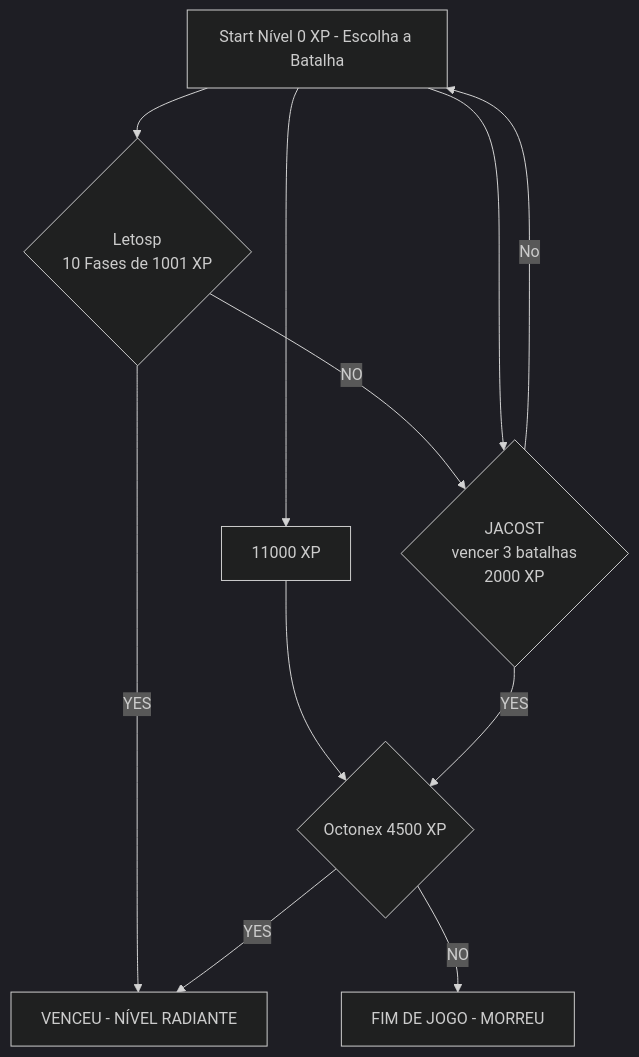
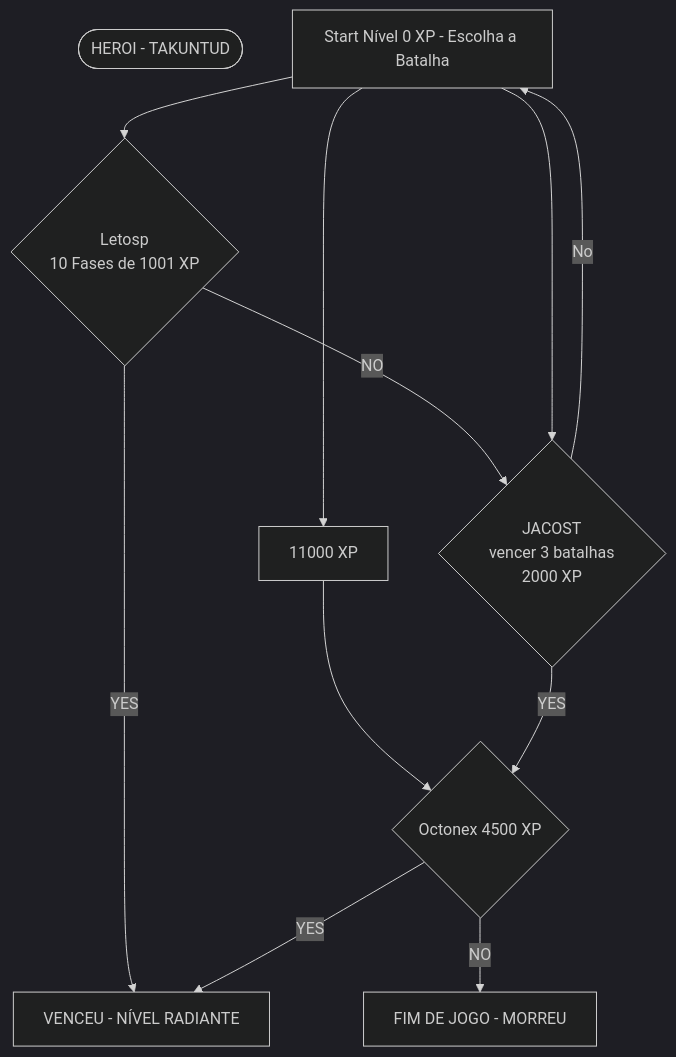
The second of 2 diagrams in README.md (sezarprog/desafio-nivel-heroi), drawn with Mermaid (dark theme) before and after one commit.

Commit message:
Update README.md
TEST EMOGI

````diff
--- a/README.md
+++ b/README.md
@@ -14,22 +14,23 @@
 ```mermaid
 flowchart TD;
+    Z([HEROI - TAKUNTUD]);
     A[Start Nível 0 XP - Escolha a Batalha]
-    A --> B{Letosp
+    A --> B{Letosp👾
  10 Fases de 1001 xp} -- YES --> H[VENCEU - NÍVEL RADIANTE];
     A --> X[11000 XP] --> G
 B{Letosp 
  10 Fases de 1001 XP} -- NO --> C{JACOST
  vencer 3 batalhas
  2000XP };
     A --> C{JACOST
  vencer 3 batalhas
  2000 XP };
    C{JACOST
  vencer 3 batalhas
  2000 XP } -- No --> A;
      C{JACOST
  vencer 3 batalhas 
 2000 XP } -- YES--> G{Octonex  4500 XP};
     G -- YES --> H[VENCEU - NÍVEL RADIANTE];
     G -- NO --> J[FIM DE JOGO - MORREU];
 ```  
````
